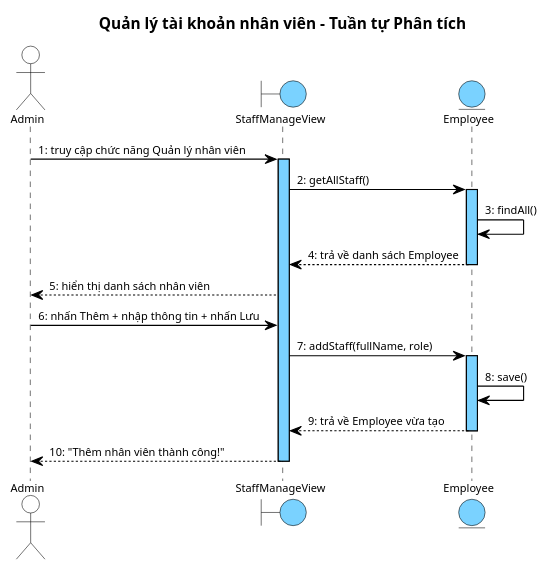
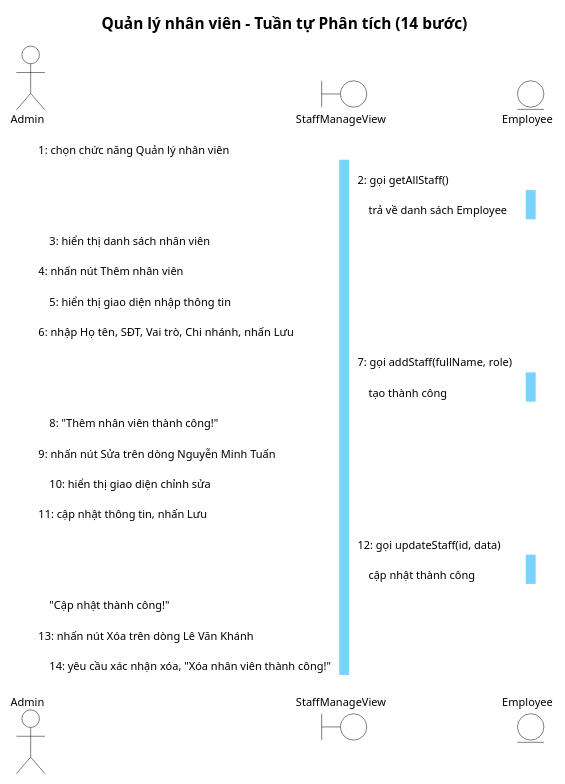
One commit to thanhtrnnn/cnpm changed the seventh of 7 diagrams in docs/tabs/section-account-ii.md. Above: the diagram before and after it, drawn with PlantUML. The commit also changed other lines of this file and 16 other files, not shown here.

First line of the commit message:
feat: strict step alignment + blue diagrams + native bullets

````diff
--- a/docs/tabs/section-account-ii.md
+++ b/docs/tabs/section-account-ii.md
@@ -746,76 +629,62 @@
 ```plantuml
 @startuml
 skinparam shadowing false
 skinparam SequenceMessageAlign left
-
 skinparam SequenceLifeLineBackgroundColor #7AD2FF
 skinparam SequenceLifeLineBorderColor #000000
+skinparam sequenceParticipantBackgroundColor #7AD2FF
+skinparam sequenceParticipantBorderColor #000000
+skinparam sequenceParticipantFontColor #000000
+skinparam sequenceArrowColor #000000
+skinparam sequenceArrowFontColor #000000
 
 <style>
 sequenceDiagram {
   Shadowing 0
   RoundCorner 0
   FontName "Arial"
   FontSize 10
   FontColor #000000
-
-  participant {
-    BackgroundColor #7AD2FF
-    LineColor #000000
-    LineThickness 1
-  }
-
-  actor {
-    BackgroundColor transparent
-    LineColor #000000
-  }
-  boundary {
-    BackgroundColor #7AD2FF
-    LineColor #000000
-  }
-  control {
-    BackgroundColor #7AD2FF
-    LineColor #000000
-  }
-  entity {
-    BackgroundColor #7AD2FF
-    LineColor #000000
-  }
-
-  lifeline {
-    LineColor #000000
-    LineStyle 5-5
-  }
-
-  arrow {
-    LineColor #000000
-    LineThickness 1
-    FontSize 10
-  }
+  participant { BackgroundColor #7AD2FF LineColor #000000 LineThickness 1 }
+  actor { BackgroundColor transparent LineColor #000000 }
+  boundary { BackgroundColor #7AD2FF LineColor #000000 }
+  control { BackgroundColor #7AD2FF LineColor #000000 }
+  entity { BackgroundColor #7AD2FF LineColor #000000 }
+  lifeline { LineColor #000000 LineStyle 5-5 }
+  arrow { LineColor #000000 LineThickness 1 FontSize 10 }
 }
 </style>
-title Quản lý tài khoản nhân viên – Tuần tự Phân tích
+title Quản lý nhân viên – Tuần tự Phân tích (14 bước)
 
-actor "Admin" as Admin
+actor "Admin" as Actor
 boundary StaffManageView as B1
 entity Employee as E1
 
-Admin -> B1 : 1: truy cập chức năng Quản lý nhân viên
+Actor -> B1 : 1: chọn chức năng Quản lý nhân viên
 activate B1
-B1 -> E1 : 2: getAllStaff()
+B1 -> E1 : 2: gọi getAllStaff()
 activate E1
-E1 -> E1 : 3: findAll()
-E1 --> B1 : 4: trả về danh sách Employee
+E1 --> B1 : trả về danh sách Employee
 deactivate E1
-B1 --> Admin : 5: hiển thị danh sách nhân viên
-
-Admin -> B1 : 6: nhấn Thêm + nhập thông tin + nhấn Lưu
-B1 -> E1 : 7: addStaff(fullName, role)
+B1 --> Actor : 3: hiển thị danh sách nhân viên
+Actor -> B1 : 4: nhấn nút Thêm nhân viên
+B1 --> Actor : 5: hiển thị giao diện nhập thông tin
+Actor -> B1 : 6: nhập Họ tên, SĐT, Vai trò, Chi nhánh, nhấn Lưu
+B1 -> E1 : 7: gọi addStaff(fullName, role)
 activate E1
-E1 -> E1 : 8: save()
-E1 --> B1 : 9: trả về Employee vừa tạo
+E1 --> B1 : tạo thành công
 deactivate E1
-B1 --> Admin : 10: "Thêm nhân viên thành công!"
+B1 --> Actor : 8: "Thêm nhân viên thành công!"
+Actor -> B1 : 9: nhấn nút Sửa trên dòng Nguyễn Minh Tuấn
+B1 --> Actor : 10: hiển thị giao diện chỉnh sửa
+Actor -> B1 : 11: cập nhật thông tin, nhấn Lưu
+B1 -> E1 : 12: gọi updateStaff(id, data)
+activate E1
+E1 --> B1 : cập nhật thành công
+deactivate E1
+B1 --> Actor : "Cập nhật thành công!"
+Actor -> B1 : 13: nhấn nút Xóa trên dòng Lê Văn Khánh
+B1 --> Actor : 14: yêu cầu xác nhận xóa, "Xóa nhân viên thành công!"
 deactivate B1
 @enduml
 ```
````
